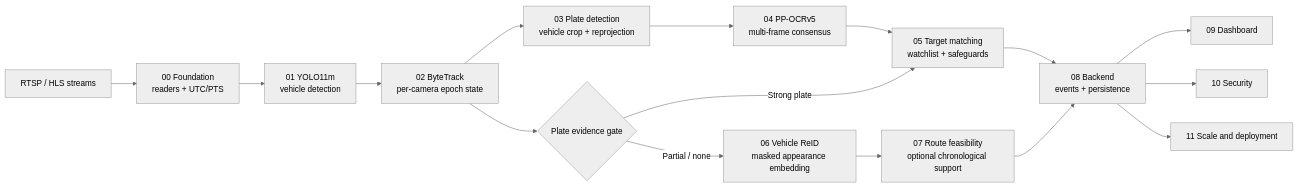
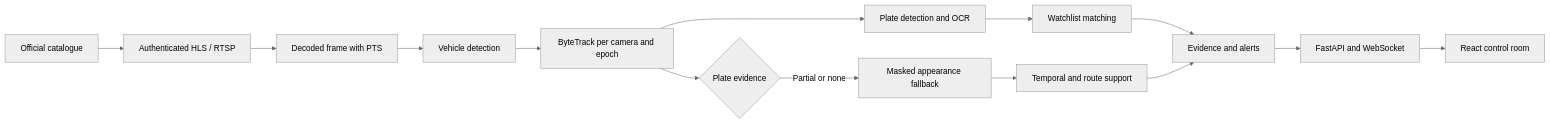
Before and after one commit to mdshoaibuddinchanda/sentineltrack: the diagram in README.md, drawn with Mermaid (neutral theme). The commit also changed other lines of this file and 67 other files, not shown here.

````diff
--- a/README.md
+++ b/README.md
@@ -68,18 +72,16 @@
 ```mermaid
 flowchart LR
-  A[RTSP / HLS streams] --> B[00 Foundation\nreaders + UTC/PTS]
-  B --> C[01 YOLO11m\nvehicle detection]
-  C --> D[02 ByteTrack\nper-camera epoch state]
-  D --> E[03 Plate detection\nvehicle crop + reprojection]
-  E --> F[04 PP-OCRv5\nmulti-frame consensus]
-  F --> G[05 Target matching\nwatchlist + safeguards]
-  D --> H{Plate evidence gate}
-  H -->|Strong plate| G
-  H -->|Partial / none| I[06 Vehicle ReID\nmasked appearance embedding]
-  I --> J[07 Route feasibility\noptional chronological support]
-  J --> K[08 Backend\nevents + persistence]
-  G --> K
-  K --> L[09 Dashboard]
-  K --> M[10 Security]
-  K --> N[11 Scale and deployment]
+  A[Official catalogue] --> B[Authenticated HLS / RTSP]
+  B --> C[Decoded frame with PTS]
+  C --> D[Vehicle detection]
+  D --> E[ByteTrack per camera and epoch]
+  E --> F[Plate detection and OCR]
+  F --> G[Watchlist matching]
+  E --> H{Plate evidence}
+  H -->|Partial or none| I[Masked appearance fallback]
+  I --> J[Temporal and route support]
+  G --> K[Evidence and alerts]
+  J --> K
+  K --> L[FastAPI and WebSocket]
+  L --> M[React control room]
 ```
````
